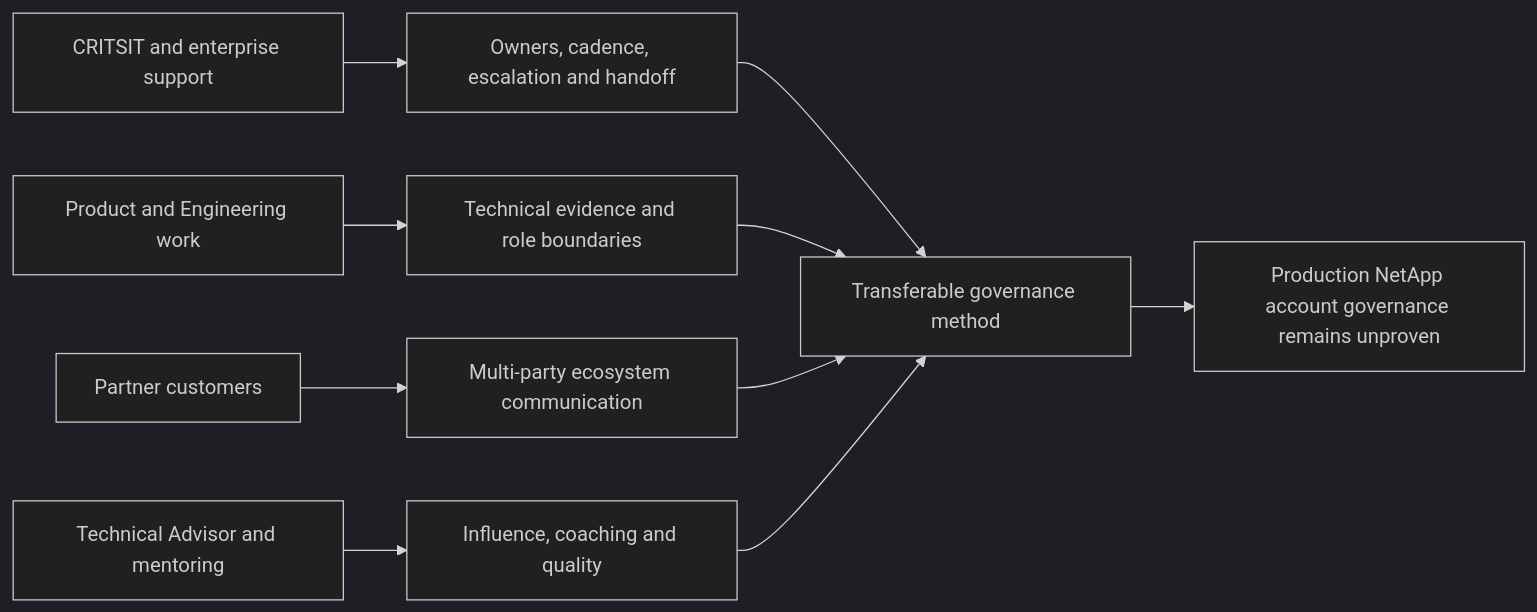
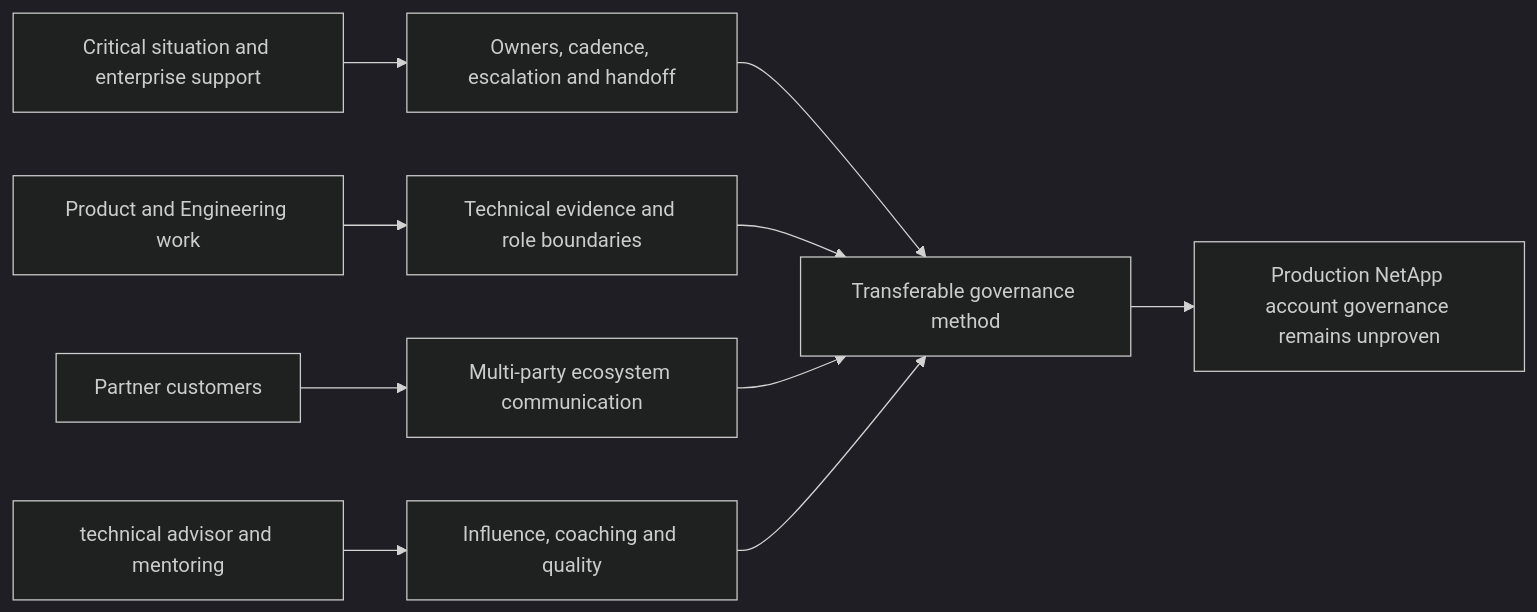
Diagram 18 of 19 in NetApp TAM/prep/Part-63-stakeholders-account-team-raci.md (hichauhan-in/Interview-Prep), drawn with Mermaid (dark theme) before and after one commit. The commit also changed other lines of this file and 493 other files, not shown here.

````diff
--- a/NetApp TAM/prep/Part-63-stakeholders-account-team-raci.md
+++ b/NetApp TAM/prep/Part-63-stakeholders-account-team-raci.md
@@ -622,12 +622,12 @@
 ```mermaid
 flowchart LR
-    CRIT[CRITSIT and enterprise support] --> COORD[Owners, cadence, escalation and handoff]
+    CRIT[Critical situation and enterprise support] --> COORD[Owners, cadence, escalation and handoff]
     ENG[Product and Engineering work] --> BOUND[Technical evidence and role boundaries]
     PART[Partner customers] --> ECO[Multi-party ecosystem communication]
-    TA[Technical Advisor and mentoring] --> INFL[Influence, coaching and quality]
+    TA[technical advisor and mentoring] --> INFL[Influence, coaching and quality]
     COORD --> METHOD[Transferable governance method]
     BOUND --> METHOD
     ECO --> METHOD
     INFL --> METHOD
     METHOD --> GAP[Production NetApp account governance remains unproven]
 ```
````
